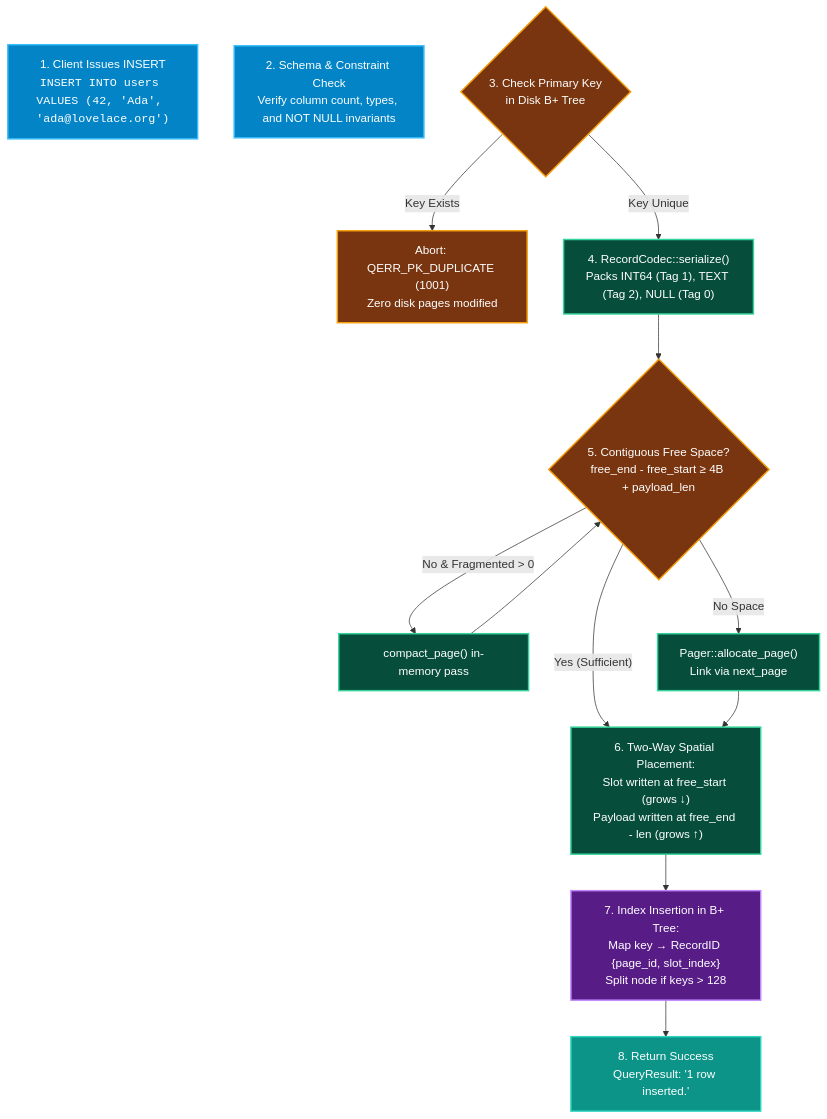
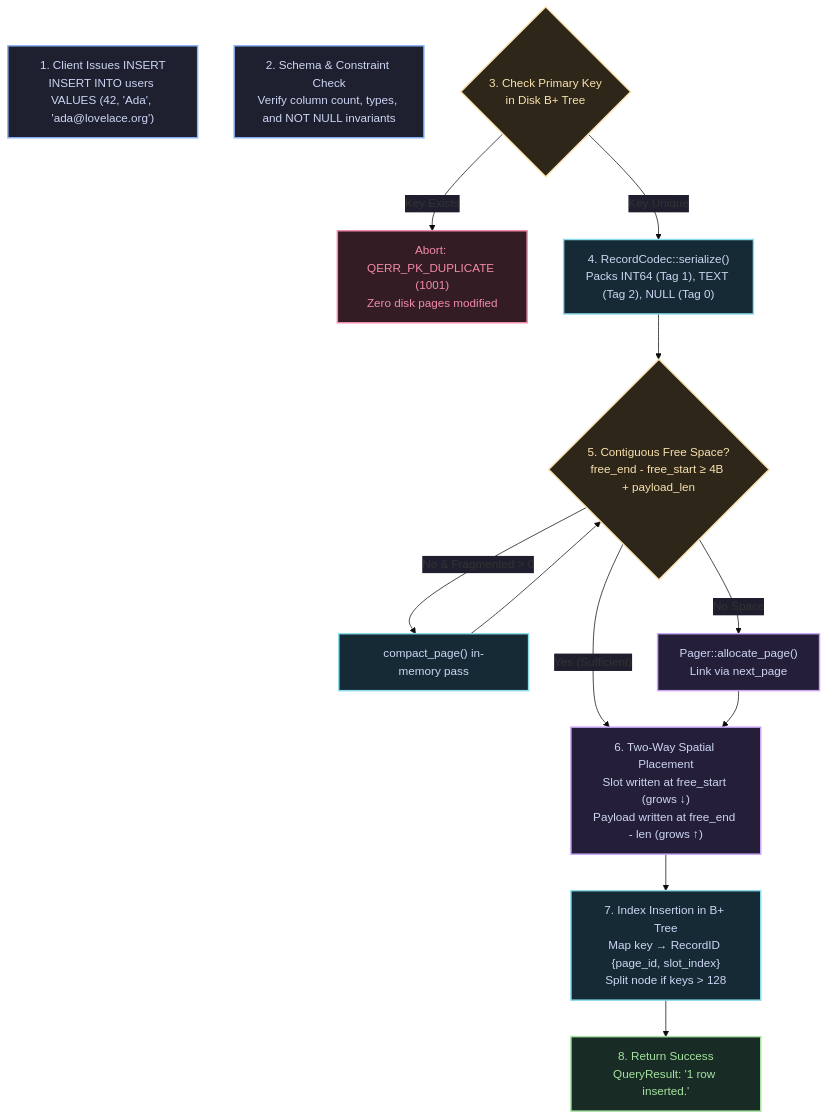
One commit to KAAZamapiloT/QUARTZ_DB changed the diagram in docs/sql/statements/insert.md. Above: the diagram before and after it, drawn with Mermaid. The commit also changed 18 other files, not shown here.

````diff
--- a/docs/sql/statements/insert.md
+++ b/docs/sql/statements/insert.md
@@ -59,26 +59,27 @@
 ```mermaid
+%%{init: {'theme': 'base', 'themeVariables': {'edgeLabelBackground': '#1e1e2e', 'tertiaryTextColor': '#cdd6f4'}}}%%
 flowchart TD
-    %% Colorful INSERT Flow
-    classDef stepStart fill:#0284c7,stroke:#38bdf8,stroke-width:2px,color:#ffffff;
-    classDef stepCheck fill:#78350f,stroke:#f59e0b,stroke-width:2px,color:#ffffff;
-    classDef stepPage fill:#064e3b,stroke:#34d399,stroke-width:2px,color:#ffffff;
-    classDef stepIndex fill:#581c87,stroke:#c084fc,stroke-width:2px,color:#ffffff;
-    classDef stepSuccess fill:#0d9488,stroke:#2dd4bf,stroke-width:2px,color:#ffffff;
+    classDef entry fill:#1e2030,stroke:#89b4fa,stroke-width:2px,color:#cdd6f4;
+    classDef guard fill:#2e2619,stroke:#f9e2af,stroke-width:2px,color:#f9e2af;
+    classDef success fill:#182c25,stroke:#a6e3a1,stroke-width:2px,color:#a6e3a1;
+    classDef error fill:#331c24,stroke:#f38ba8,stroke-width:2px,color:#f38ba8;
+    classDef disk fill:#241e38,stroke:#cba6f7,stroke-width:2px,color:#cdd6f4;
+    classDef shared fill:#162a35,stroke:#89dceb,stroke-width:2px,color:#cdd6f4;
 
-    Start["1. Client Issues INSERT<br><code>INSERT INTO users VALUES (42, 'Ada', 'ada@lovelace.org')</code>"]:::stepStart
-    ValidateSchema["2. Schema & Constraint Check<br>Verify column count, types, and NOT NULL invariants"]:::stepStart
+    Start["1. Client Issues INSERT<br/>INSERT INTO users VALUES (42, 'Ada', 'ada@lovelace.org')"]:::entry
+    ValidateSchema["2. Schema &amp; Constraint Check<br/>Verify column count, types, and NOT NULL invariants"]:::entry
 
-    CheckPK{"3. Check Primary Key<br>in Disk B+ Tree"}:::stepCheck
-    CheckPK -- "Key Exists" --> AbortPK["Abort: QERR_PK_DUPLICATE (1001)<br>Zero disk pages modified"]:::stepCheck
-    CheckPK -- "Key Unique" --> Serialize["4. RecordCodec::serialize()<br>Packs INT64 (Tag 1), TEXT (Tag 2), NULL (Tag 0)"]:::stepPage
+    CheckPK{"3. Check Primary Key<br/>in Disk B+ Tree"}:::guard
+    CheckPK -- "Key Exists" --> AbortPK["Abort: QERR_PK_DUPLICATE (1001)<br/>Zero disk pages modified"]:::error
+    CheckPK -- "Key Unique" --> Serialize["4. RecordCodec::serialize()<br/>Packs INT64 (Tag 1), TEXT (Tag 2), NULL (Tag 0)"]:::shared
 
-    Serialize --> CheckSpace{"5. Contiguous Free Space?<br>free_end - free_start &ge; 4B + payload_len"}:::stepCheck
-    CheckSpace -- "No &amp; Fragmented &gt; 0" --> Compact["compact_page() in-memory pass"]:::stepPage
+    Serialize --> CheckSpace{"5. Contiguous Free Space?<br/>free_end - free_start &ge; 4B + payload_len"}:::guard
+    CheckSpace -- "No &amp; Fragmented &gt; 0" --> Compact["compact_page() in-memory pass"]:::shared
     Compact --> CheckSpace
-    CheckSpace -- "No Space" --> AllocNew["Pager::allocate_page()<br>Link via next_page"]:::stepPage
-    CheckSpace -- "Yes (Sufficient)" --> DoAlloc["6. Two-Way Spatial Placement:<br>Slot written at free_start (grows &darr;)<br>Payload written at free_end - len (grows &uarr;)"]:::stepPage
+    CheckSpace -- "No Space" --> AllocNew["Pager::allocate_page()<br/>Link via next_page"]:::disk
+    CheckSpace -- "Yes (Sufficient)" --> DoAlloc["6. Two-Way Spatial Placement<br/>Slot written at free_start (grows &darr;)<br/>Payload written at free_end - len (grows &uarr;)"]:::disk
 
     AllocNew --> DoAlloc
-    DoAlloc --> IndexBPT["7. Index Insertion in B+ Tree:<br>Map key &rarr; RecordID {page_id, slot_index}<br>Split node if keys &gt; 128"]:::stepIndex
-    IndexBPT --> Done["8. Return Success<br>QueryResult: '1 row inserted.'"]:::stepSuccess
+    DoAlloc --> IndexBPT["7. Index Insertion in B+ Tree<br/>Map key &rarr; RecordID {page_id, slot_index}<br/>Split node if keys &gt; 128"]:::shared
+    IndexBPT --> Done["8. Return Success<br/>QueryResult: '1 row inserted.'"]:::success
 ```
````
